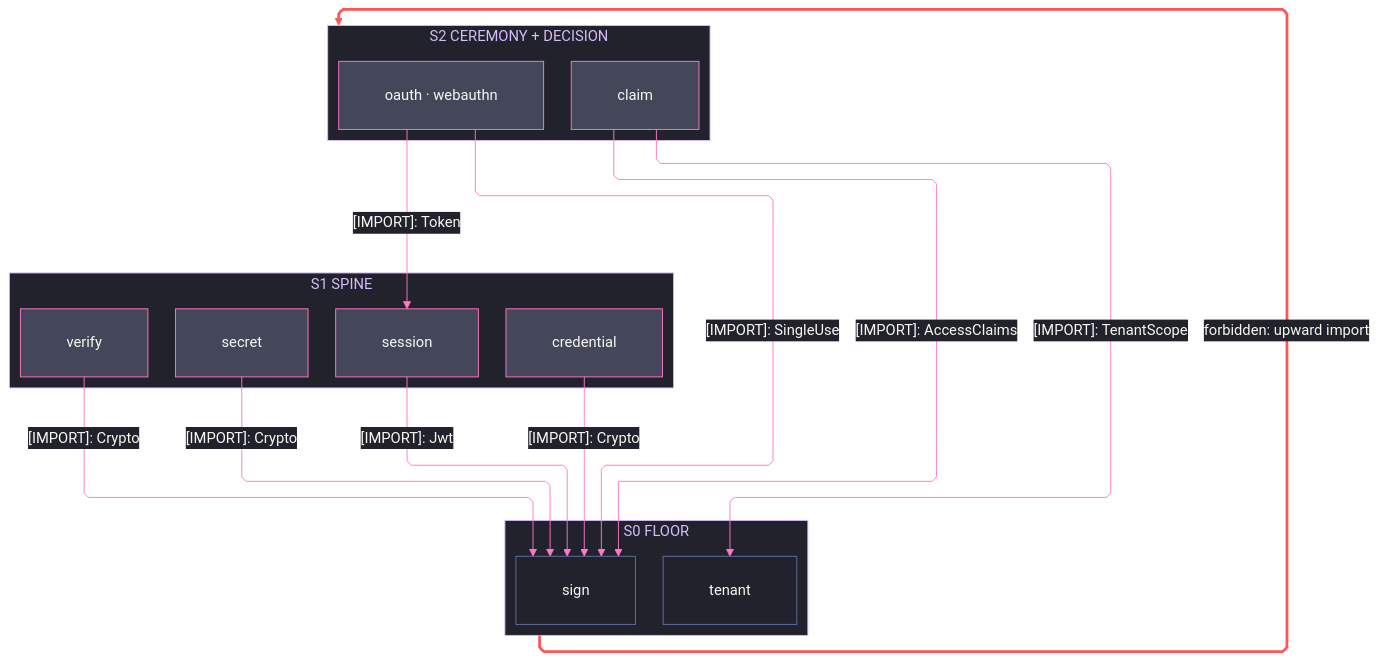
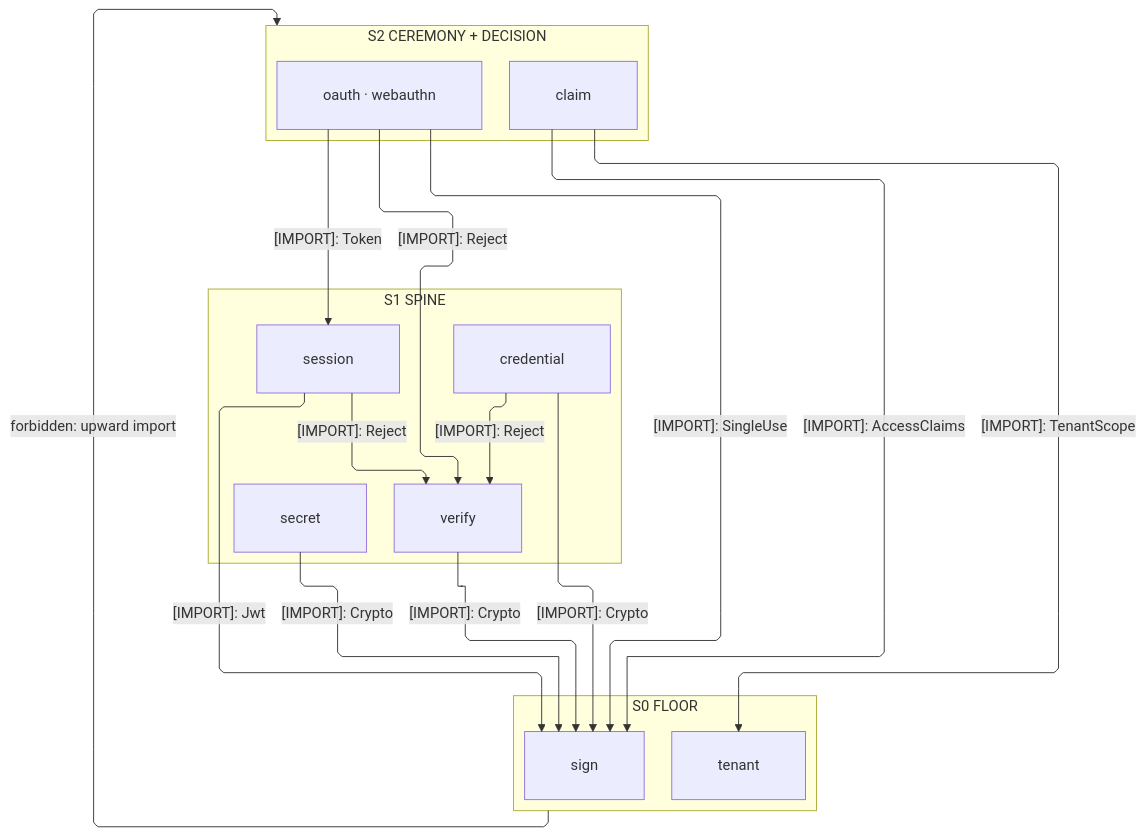
Before and after one commit to bsamiee/Rasm: the first of 2 diagrams in libs/typescript/security/ARCHITECTURE.md, drawn with Mermaid. The commit also changed other lines of this file and 460 other files, not shown here.

````diff
--- a/libs/typescript/security/ARCHITECTURE.md
+++ b/libs/typescript/security/ARCHITECTURE.md
@@ -30,62 +30,38 @@
 ```mermaid
 ---
 config:
-  theme: base
-  look: classic
   layout: elk
   flowchart:
     curve: linear
     padding: 25
-  themeVariables:
-    darkMode: true
-    fontFamily: "SF Mono, Menlo, Cascadia Mono, Segoe UI Mono, Consolas, monospace"
-    useGradient: false
-    dropShadow: "none"
-    background: "#282A36"
-    primaryColor: "#44475A"
-    primaryTextColor: "#F8F8F2"
-    primaryBorderColor: "#BD93F9"
-    lineColor: "#FF79C6"
-    textColor: "#F8F8F2"
-    clusterBkg: "#21222C"
-    clusterBorder: "#D6BCFA"
-    edgeLabelBackground: "#21222C"
-    labelBackgroundColor: "#21222C"
-    titleColor: "#D6BCFA"
-  themeCSS: ".nodeLabel{font-size:13px;font-weight:500}.edgeLabel{font-size:12px;font-weight:500}.cluster-label .nodeLabel{font-size:13.5px;font-weight:700;letter-spacing:.08em}.edge-thickness-normal{stroke-width:2px}.edge-thickness-thick{stroke-width:3px}.edge-pattern-dashed,.edge-pattern-dotted{stroke-width:1.5px;stroke-dasharray:4 6}.node rect,.node circle,.node polygon,.node path,.node .outer-path{stroke-width:1.5px;filter:none!important}.cluster rect{stroke-width:1px!important;stroke-dasharray:5 4!important;filter:none!important}.marker path{transform:scale(.8);transform-origin:5px 5px}.marker circle{transform:scale(.48);transform-origin:5px 5px}.edgeLabel rect{transform-box:fill-box;transform-origin:center;transform:scale(1.1,1.2)}"
 ---
 flowchart TB
     accTitle: Security interior import strata
     accDescr: Three interior waves — ceremonies and the entitlement fold over the verify, secret, session, and credential spine onto the sign and tenant floor — every import downward, labeled edges naming one sourced type each, and one forbidden upward edge styled red.
     subgraph S2["S2 CEREMONY + DECISION"]
         Ceremony["oauth · webauthn"]
         Claim[claim]
     end
     subgraph S1["S1 SPINE"]
         Verify[verify]
         Secret[secret]
         Session[session]
         Credential[credential]
     end
     subgraph S0["S0 FLOOR"]
         Sign[sign]
         TenantRef[tenant]
     end
     Verify e1@-->|"[IMPORT]: Crypto"| Sign
     Secret e7@-->|"[IMPORT]: Crypto"| Sign
     Session e2@-->|"[IMPORT]: Jwt"| Sign
     Credential e8@-->|"[IMPORT]: Crypto"| Sign
     Ceremony e3@-->|"[IMPORT]: Token"| Session
     Ceremony e4@-->|"[IMPORT]: SingleUse"| Sign
     Claim e5@-->|"[IMPORT]: AccessClaims"| Sign
     Claim e6@-->|"[IMPORT]: TenantScope"| TenantRef
+    Session e9@-->|"[IMPORT]: Reject"| Verify
+    Credential e10@-->|"[IMPORT]: Reject"| Verify
+    Ceremony e11@-->|"[IMPORT]: Reject"| Verify
     S0 f1@-->|"forbidden: upward import"| S2
-    classDef primary fill:#44475A,stroke:#FF79C6,color:#F8F8F2
-    classDef recessed fill:#21222C,stroke:#6272A4,color:#F8F8F2
-    classDef edgeControl stroke:#FF79C6,color:#F8F8F2
-    classDef edgeError stroke:#FF5555,stroke-width:3px,color:#F8F8F2
-    class Ceremony,Claim,Verify,Secret,Session,Credential primary
-    class Sign,TenantRef recessed
-    class e1,e2,e3,e4,e5,e6,e7,e8 edgeControl
-    class f1 edgeError
 ```
````
